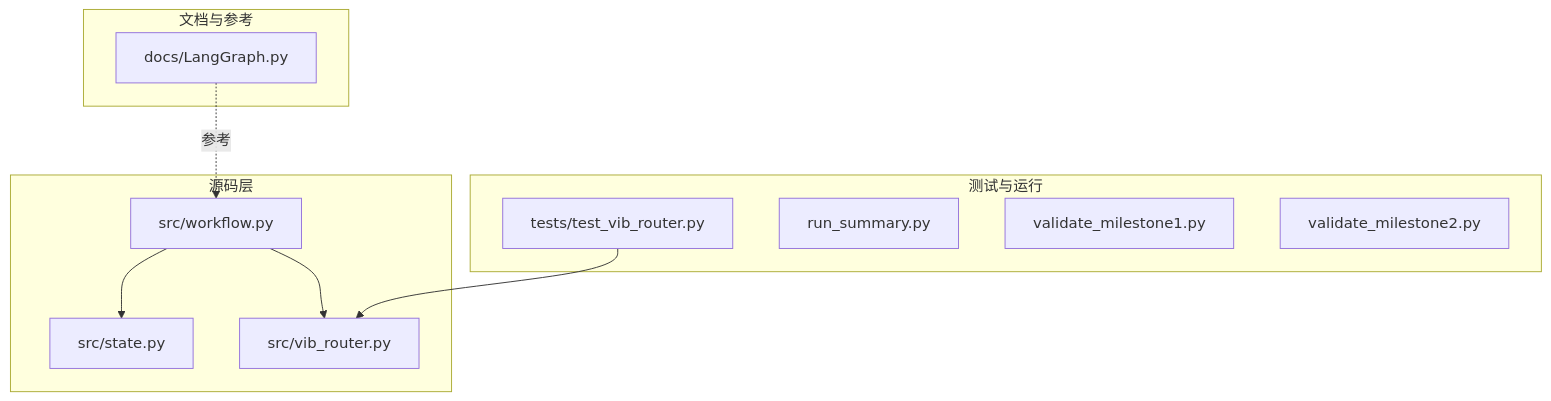
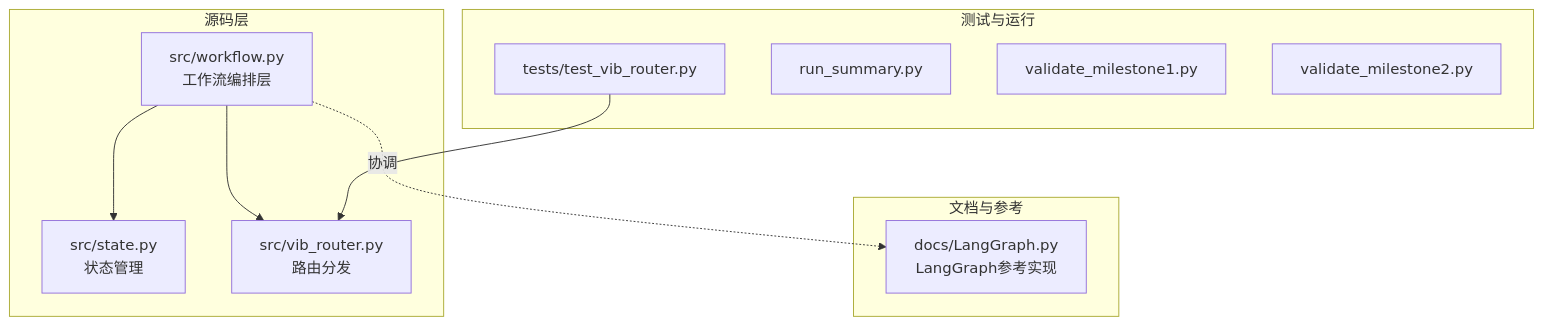
Before and after one commit to QuStarry/VIB-SparseCommunication: the first of 6 diagrams in .qoder/repowiki/zh/content/核心架构/工作流引擎.md, drawn with Mermaid. The commit also changed other lines of this file and 28 other files, not shown here.

````diff
--- a/.qoder/repowiki/zh/content/核心架构/工作流引擎.md
+++ b/.qoder/repowiki/zh/content/核心架构/工作流引擎.md
@@ -33,21 +41,21 @@
 ```mermaid
 graph TB
 subgraph "源码层"
-WF["src/workflow.py"]
-ST["src/state.py"]
-VR["src/vib_router.py"]
+WF["src/workflow.py<br/>工作流编排层"]
+ST["src/state.py<br/>状态管理"]
+VR["src/vib_router.py<br/>路由分发"]
 end
 subgraph "文档与参考"
-LG["docs/LangGraph.py"]
+LG["docs/LangGraph.py<br/>LangGraph参考实现"]
 end
 subgraph "测试与运行"
 TST["tests/test_vib_router.py"]
 RUN["run_summary.py"]
 V1["validate_milestone1.py"]
 V2["validate_milestone2.py"]
 end
 WF --> ST
 WF --> VR
-LG -. 参考 .-> WF
+WF -. 协调 .-> LG
 TST --> VR
 ```
````
